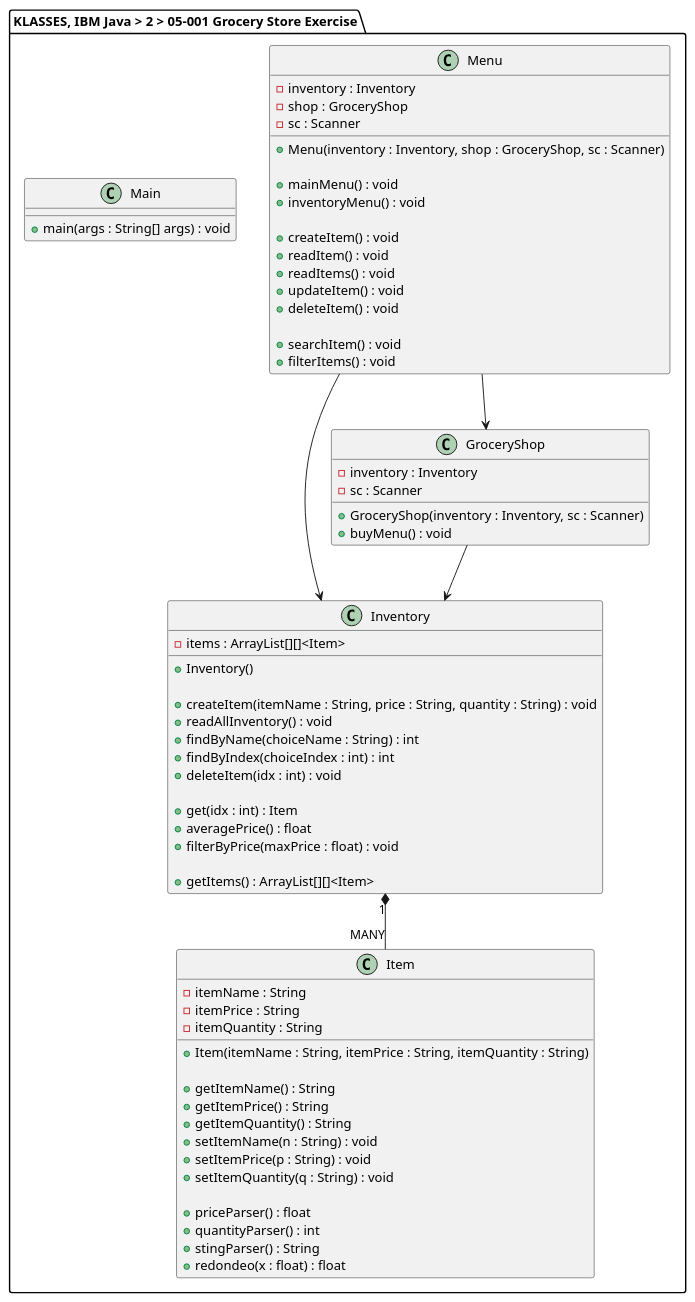
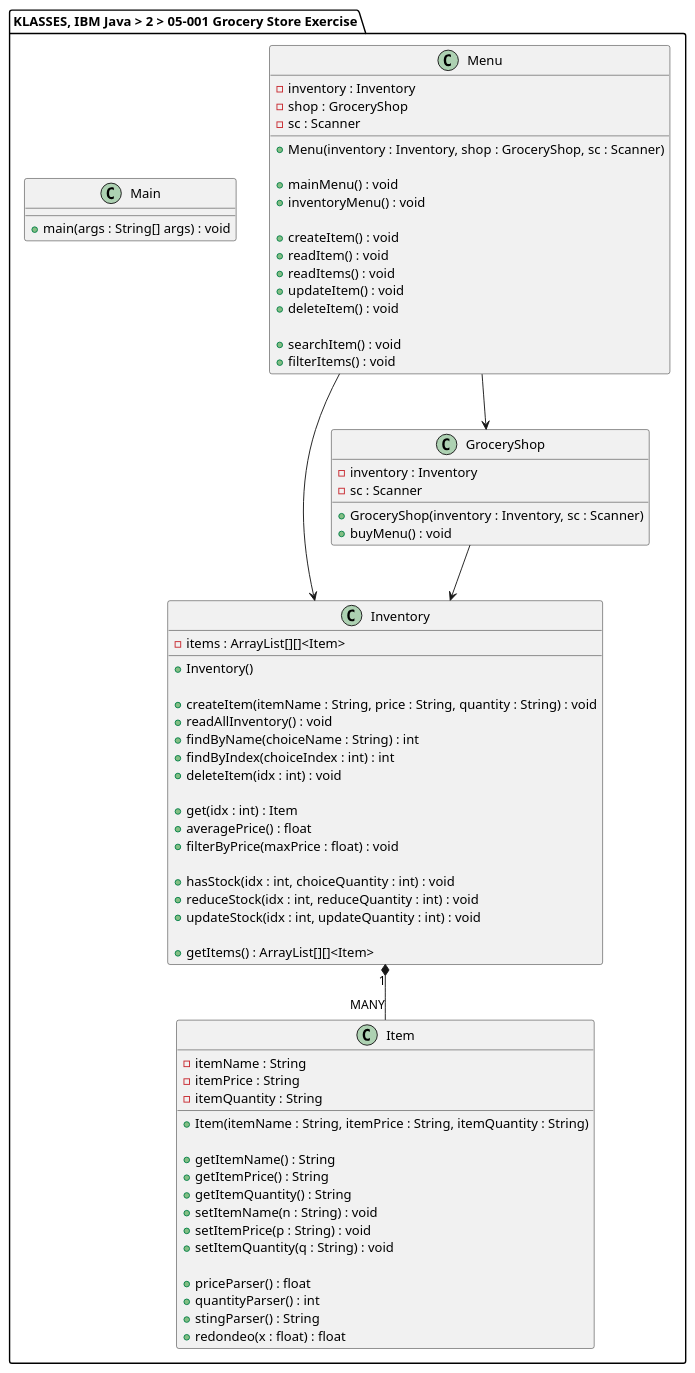
One commit to alexandrglm/IBM_Java_Certification_Labs-Exercises changed the diagram in IBM_Java_Certification_EXERCISE_02-05-001/exercise/klasses.plantuml. Above: the diagram before and after it, drawn with PlantUML. The commit also changed 2 other files, not shown here.

Commit message:
Update Klasses, add stock methods (hasStock(), reduceStock(), updateStock() )

```diff
--- a/IBM_Java_Certification_EXERCISE_02-05-001/exercise/klasses.plantuml
+++ b/IBM_Java_Certification_EXERCISE_02-05-001/exercise/klasses.plantuml
@@ -1,88 +1,92 @@
 @startuml
 
 package "KLASSES, IBM Java > 2 > 05-001 Grocery Store Exercise" {
 
     class Item {
 
         - itemName : String
         - itemPrice : String
         - itemQuantity : String
 
         + Item(itemName : String, itemPrice : String, itemQuantity : String)
 
         + getItemName() : String
         + getItemPrice() : String
         + getItemQuantity() : String
         + setItemName(n : String) : void
         + setItemPrice(p : String) : void
         + setItemQuantity(q : String) : void
 
         + priceParser() : float
         + quantityParser() : int
         + stingParser() : String
         + redondeo(x : float) : float
     }
 
     class Inventory {
 
         - items : ArrayList[][]<Item>
 
         + Inventory()
 
         + createItem(itemName : String, price : String, quantity : String) : void
         + readAllInventory() : void
         + findByName(choiceName : String) : int
         + findByIndex(choiceIndex : int) : int
         + deleteItem(idx : int) : void
 
         + get(idx : int) : Item
         + averagePrice() : float
         + filterByPrice(maxPrice : float) : void
+
+        + hasStock(idx : int, choiceQuantity : int) : void
+        + reduceStock(idx : int, reduceQuantity : int) : void
+        + updateStock(idx : int, updateQuantity : int) : void
 
         + getItems() : ArrayList[][]<Item>
     }
 
     class GroceryShop {
 
         - inventory : Inventory
         - sc : Scanner
 
         + GroceryShop(inventory : Inventory, sc : Scanner)
         + buyMenu() : void
     }
 
     class Menu {
 
         - inventory : Inventory
         - shop : GroceryShop
         - sc : Scanner
 
         + Menu(inventory : Inventory, shop : GroceryShop, sc : Scanner)
 
         + mainMenu() : void
         + inventoryMenu() : void
 
         + createItem() : void
         + readItem() : void
         + readItems() : void
         + updateItem() : void
         + deleteItem() : void
 
         + searchItem() : void
         + filterItems() : void
     }
 
 
     class Main {
 
         + main(args : String[] args) : void
 
     }
 
     Inventory "1" *-- "MANY" Item
     GroceryShop --> Inventory
     Menu --> Inventory
     Menu --> GroceryShop
 
 }
 @enduml
```
